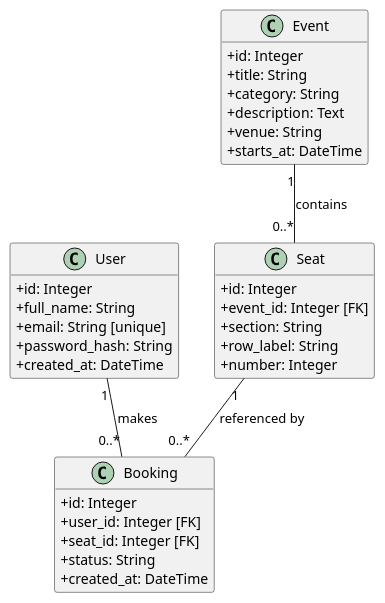
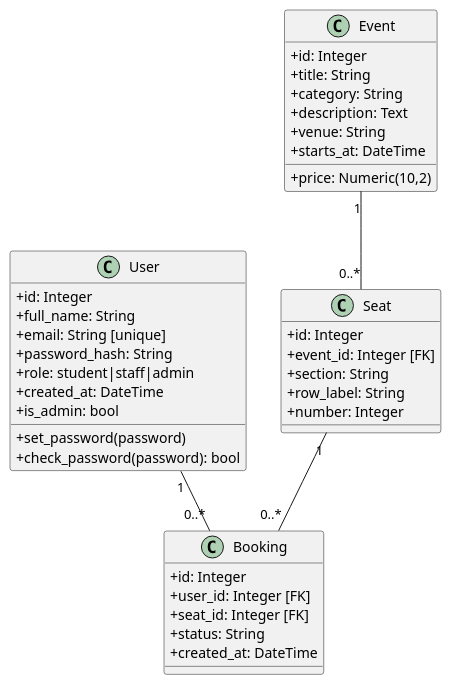
The second of 5 diagrams in docs/uml.md (ItsMONIKAAKTER/CSTBS), drawn with PlantUML before and after one commit. The commit also changed other lines of this file and 28 other files, not shown here.

````diff
--- a/docs/uml.md
+++ b/docs/uml.md
@@ -32,39 +42,42 @@
 ```plantuml
 @startuml
-hide methods
 skinparam classAttributeIconSize 0
 class User {
   +id: Integer
   +full_name: String
   +email: String [unique]
   +password_hash: String
+  +role: student|staff|admin
   +created_at: DateTime
+  +set_password(password)
+  +check_password(password): bool
+  +is_admin: bool
 }
 class Event {
   +id: Integer
   +title: String
   +category: String
   +description: Text
   +venue: String
   +starts_at: DateTime
   +price: Numeric(10,2)
 }
 class Seat {
   +id: Integer
   +event_id: Integer [FK]
   +section: String
   +row_label: String
   +number: Integer
 }
 class Booking {
   +id: Integer
   +user_id: Integer [FK]
   +seat_id: Integer [FK]
   +status: String
   +created_at: DateTime
 }
-Event "1" -- "0..*" Seat : contains
-Seat "1" -- "0..*" Booking : referenced by
-User "1" -- "0..*" Booking : makes
+User "1" -- "0..*" Booking
+Event "1" -- "0..*" Seat
+Seat "1" -- "0..*" Booking
 @enduml
 ```
````
